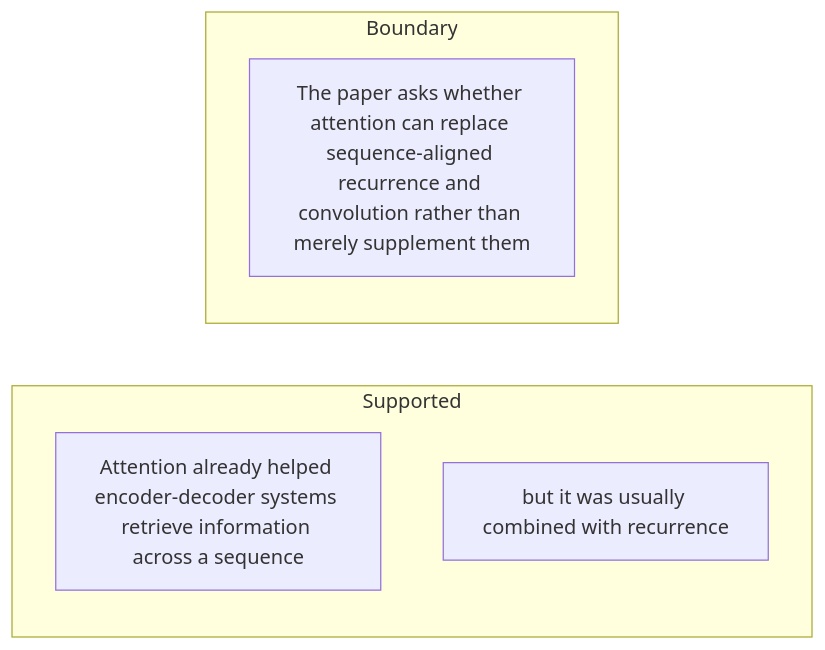
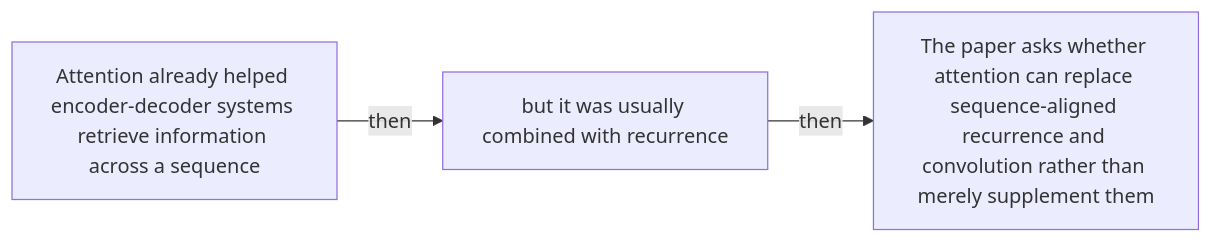
One commit to Betancourt1/paper_atlas changed the sixth of 54 diagrams in docs/visual-manifests/VISUAL_MANIFEST_ATTENTION_IS_ALL_YOU_NEED.md. Above: the diagram before and after it, drawn with Mermaid. The commit also changed other lines of this file and 7 other files, not shown here.

````diff
--- a/docs/visual-manifests/VISUAL_MANIFEST_ATTENTION_IS_ALL_YOU_NEED.md
+++ b/docs/visual-manifests/VISUAL_MANIFEST_ATTENTION_IS_ALL_YOU_NEED.md
@@ -438,10 +432,8 @@
 ```mermaid
 flowchart LR
-  subgraph Supported
-    a1["Attention already helped encoder-decoder systems retrieve information across a sequence"]
-    a2["but it was usually combined with recurrence"]
-  end
-  subgraph Boundary
-    b1["The paper asks whether attention can replace sequence-aligned recurrence and convolution rather than merely supplement them"]
-  end
+  n1["Attention already helped encoder-decoder systems retrieve information across a sequence"]
+  n2["but it was usually combined with recurrence"]
+  n3["The paper asks whether attention can replace sequence-aligned recurrence and convolution rather than merely supplement them"]
+  n1 -->|"then"| n2
+  n2 -->|"then"| n3
 ```
````
